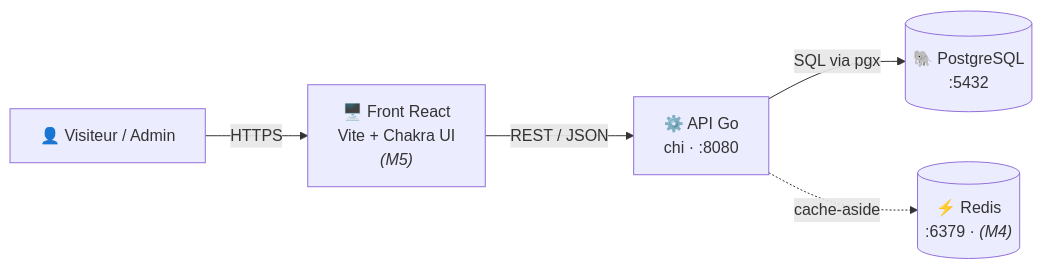
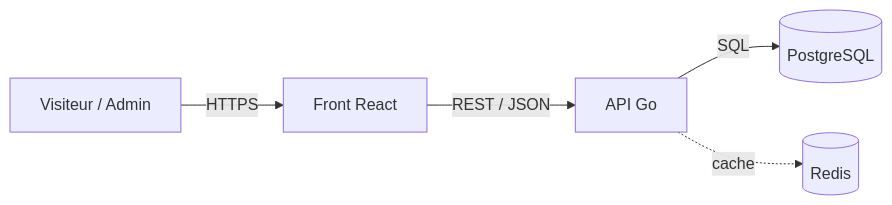
The first of 2 diagrams in README.md (sofianealhoz/corporate-service-portal), drawn with Mermaid before and after one commit. The commit also changed other lines of this file and 11 other files, not shown here.

````diff
--- a/README.md
+++ b/README.md
@@ -42,13 +58,13 @@
 ```mermaid
 flowchart LR
-    U["👤 Visiteur / Admin"]
-    F["🖥️ Front React<br/>Vite + Chakra UI<br/><i>(M5)</i>"]
-    A["⚙️ API Go<br/>chi · :8080"]
-    P[("🐘 PostgreSQL<br/>:5432")]
-    R[("⚡ Redis<br/>:6379 · <i>(M4)</i>")]
+    U["Visiteur / Admin"]
+    F["Front React"]
+    A["API Go"]
+    P[("PostgreSQL")]
+    R[("Redis")]
 
     U -->|HTTPS| F
-    F -->|"REST / JSON"| A
-    A -->|"SQL via pgx"| P
-    A -.->|"cache-aside"| R
+    F -->|REST / JSON| A
+    A -->|SQL| P
+    A -.->|cache| R
 ```
````
